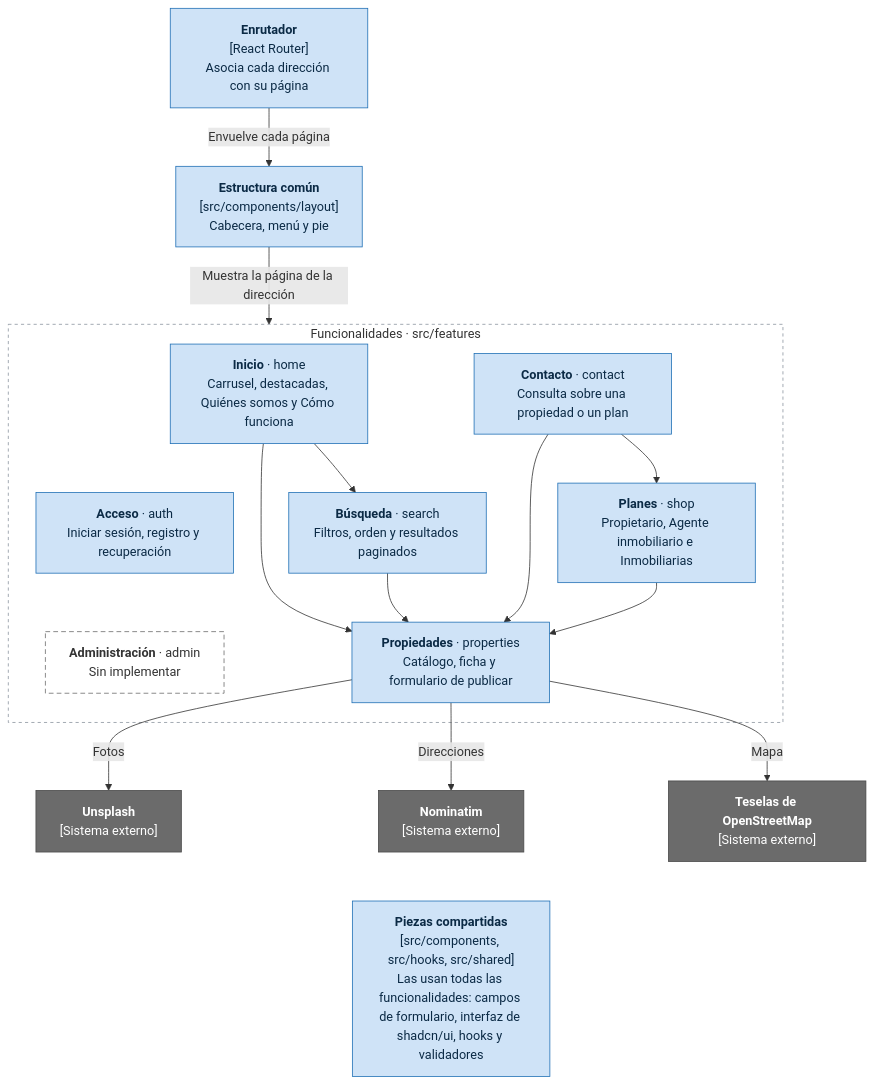
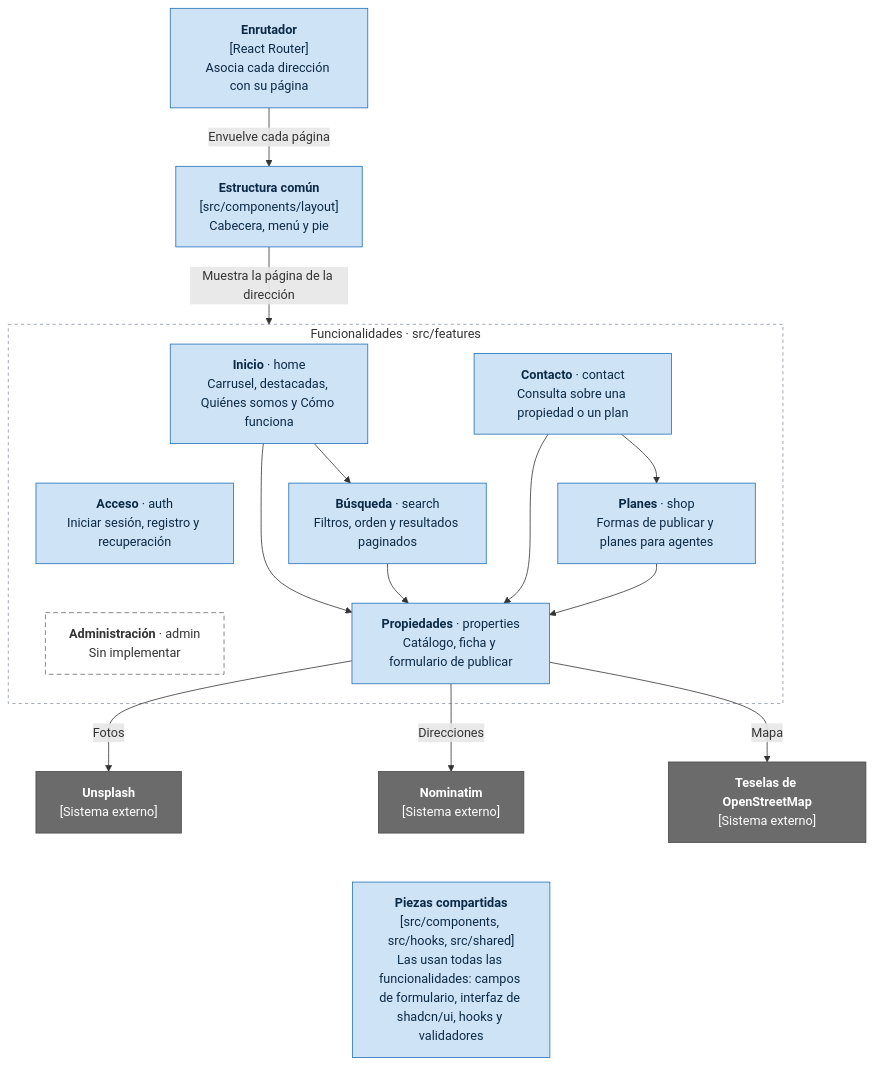
The fourth of 6 diagrams in docs/arquitectura.md (jespinal899/raizMotor), drawn with Mermaid before and after one commit. The commit also changed other lines of this file and 1 other file, not shown here.

First line of the commit message:
docs: documenta la página de planes y los planes para agentes

````diff
--- a/docs/arquitectura.md
+++ b/docs/arquitectura.md
@@ -125,48 +125,48 @@
 ```mermaid
 %%{init: {"flowchart": {"wrappingWidth": 190}}}%%
 flowchart TB
     accTitle: Componentes de la aplicación web
     accDescr: El enrutador muestra, dentro de la estructura común, la página de cada funcionalidad. Inicio usa Búsqueda y Propiedades, Búsqueda usa Propiedades, Contacto usa Propiedades y Planes, y Planes usa Propiedades. Propiedades consulta los sistemas externos. Todas usan las piezas compartidas.
 
     router["<b>Enrutador</b><br/>[React Router]<br/>Asocia cada dirección con su página"]
     layout["<b>Estructura común</b><br/>[src/components/layout]<br/>Cabecera, menú y pie"]
 
     subgraph features ["Funcionalidades · src/features"]
         home["<b>Inicio</b> · home<br/>Carrusel, destacadas, Quiénes somos y Cómo funciona"]
         contact["<b>Contacto</b> · contact<br/>Consulta sobre una propiedad o un plan"]
         auth["<b>Acceso</b> · auth<br/>Iniciar sesión, registro y recuperación"]
         search["<b>Búsqueda</b> · search<br/>Filtros, orden y resultados paginados"]
-        shop["<b>Planes</b> · shop<br/>Propietario, Agente inmobiliario e Inmobiliarias"]
+        shop["<b>Planes</b> · shop<br/>Formas de publicar y planes para agentes"]
         admin["<b>Administración</b> · admin<br/>Sin implementar"]
         properties["<b>Propiedades</b> · properties<br/>Catálogo, ficha y formulario de publicar"]
 
         home --> search --> properties
         home --> properties
         contact --> shop
         contact --> properties
         shop --> properties
         %% Enlaces invisibles: solo ordenan las cajas en tres columnas para que el diagrama no se ensanche.
         contact ~~~ search
         auth ~~~ admin
     end
 
     tiles["<b>Teselas de OpenStreetMap</b><br/>[Sistema externo]"]
     nominatim["<b>Nominatim</b><br/>[Sistema externo]"]
     unsplash["<b>Unsplash</b><br/>[Sistema externo]"]
     shared["<b>Piezas compartidas</b><br/>[src/components, src/hooks, src/shared]<br/>Las usan todas las funcionalidades: campos de formulario, interfaz de shadcn/ui, hooks y validadores"]
 
     router -- "Envuelve cada página" --> layout
     layout -- "Muestra la página de la dirección" --> features
     properties -- "Mapa" --> tiles
     properties -- "Direcciones" --> nominatim
     properties -- "Fotos" --> unsplash
     nominatim ~~~ shared
 
     classDef componente fill:#cfe3f7,stroke:#1f6fb5,color:#0b2a45
     classDef externo fill:#6b6b6b,stroke:#4a4a4a,color:#fff
     classDef pendiente fill:#fff,stroke:#6b6b6b,color:#333,stroke-dasharray:6 4
     class router,layout,home,search,properties,contact,shop,auth,shared componente
     class tiles,nominatim,unsplash externo
     class admin pendiente
     style features fill:none,stroke:#8c959f,stroke-dasharray:4 4
 ```
````
